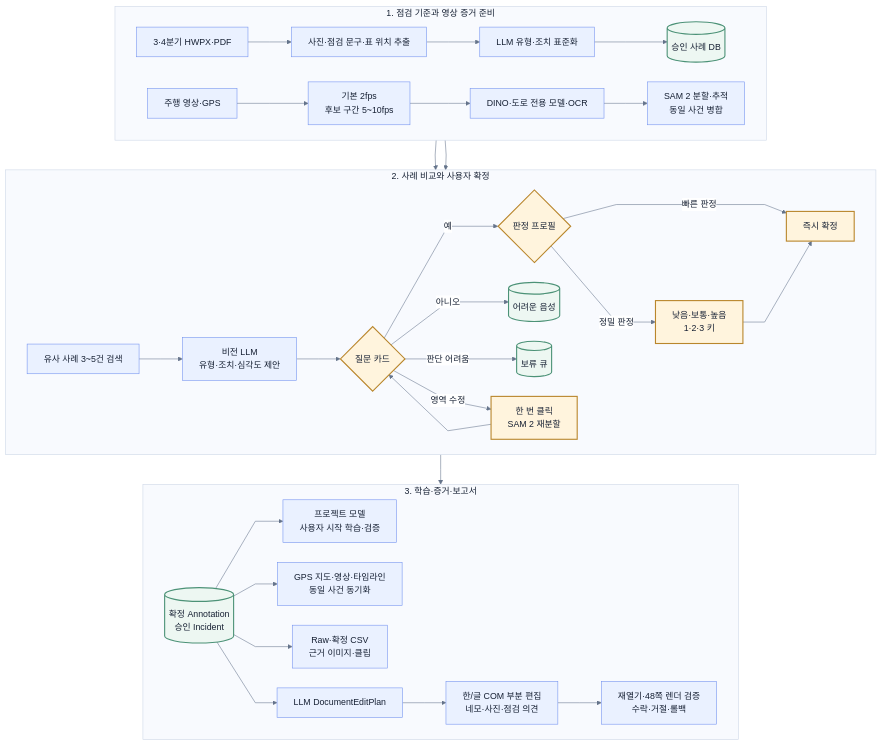
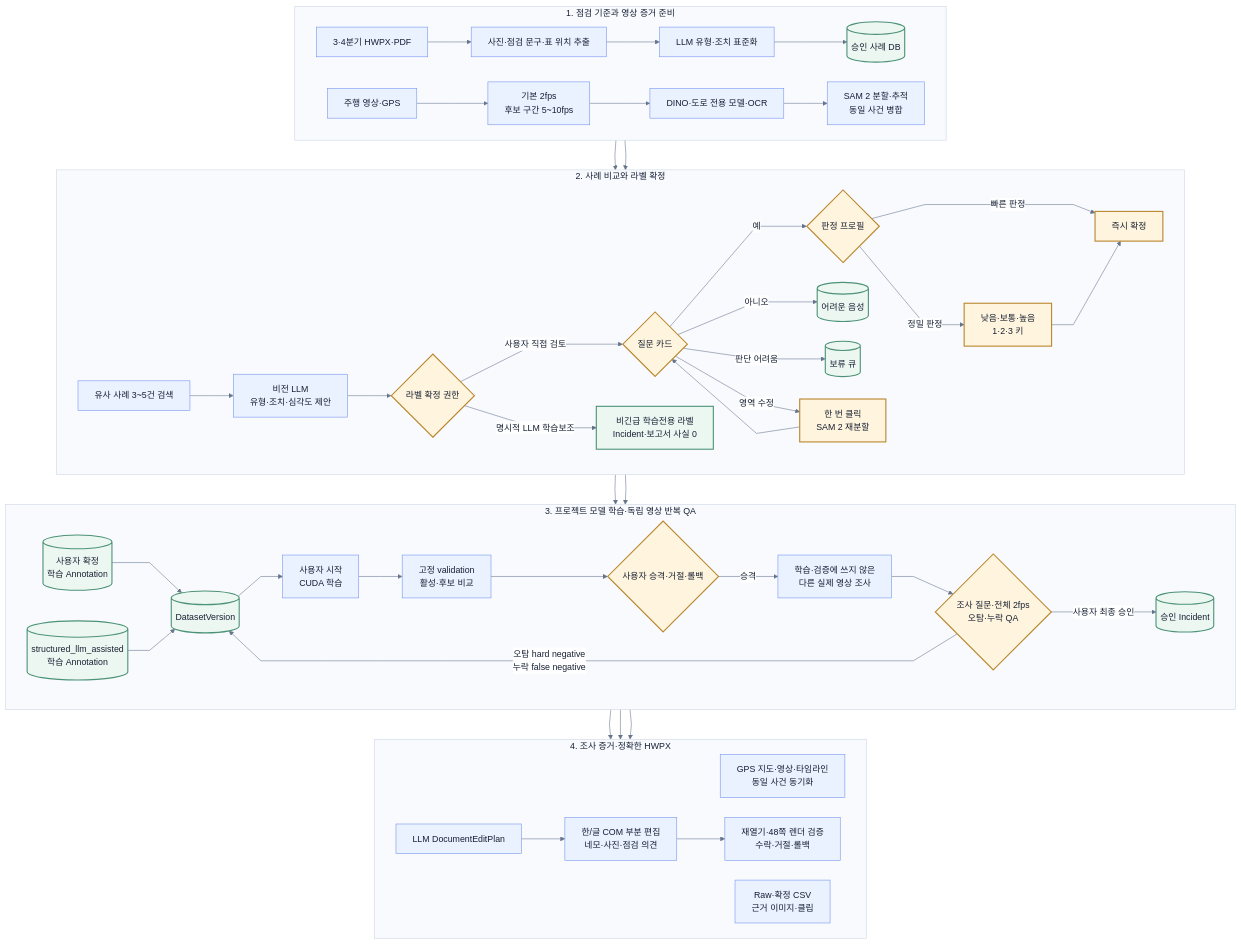
The diagram in artifacts/trafficsupervision-ai-labeling-workflow.mmd (imonkfcwifi/TrafficVisson), drawn with Mermaid before and after one commit. The commit also changed 281 other files, not shown here.

```diff
--- a/artifacts/trafficsupervision-ai-labeling-workflow.mmd
+++ b/artifacts/trafficsupervision-ai-labeling-workflow.mmd
@@ -1,68 +1,83 @@
 ---
 config:
   theme: base
   themeVariables:
     fontFamily: "SUIT Variable, Malgun Gothic, sans-serif"
     primaryColor: "#EAF1FF"
     primaryTextColor: "#162033"
     primaryBorderColor: "#6F8FEF"
     secondaryColor: "#EFF7F4"
     secondaryTextColor: "#162033"
     secondaryBorderColor: "#6DAA94"
     tertiaryColor: "#F5F7FB"
     tertiaryTextColor: "#162033"
     tertiaryBorderColor: "#B8C2D6"
     lineColor: "#65748B"
     clusterBkg: "#F8FAFE"
     clusterBorder: "#CBD5E6"
     edgeLabelBackground: "#FFFFFF"
   flowchart:
     curve: linear
     nodeSpacing: 36
     rankSpacing: 54
 ---
 flowchart TB
     subgraph INPUT["1. 점검 기준과 영상 증거 준비"]
         direction LR
         A1["3·4분기 HWPX·PDF"] --> A2["사진·점검 문구·표 위치 추출"]
         A2 --> A3["LLM 유형·조치 표준화"]
         A3 --> A4[("승인 사례 DB")]
 
         B1["주행 영상·GPS"] --> B2["기본 2fps<br/>후보 구간 5~10fps"]
         B2 --> B3["DINO·도로 전용 모델·OCR"]
         B3 --> B4["SAM 2 분할·추적<br/>동일 사건 병합"]
     end
 
     A4 --> C1
     B4 --> C1
 
-    subgraph REVIEW["2. 사례 비교와 사용자 확정"]
+    subgraph REVIEW["2. 사례 비교와 라벨 확정"]
         direction LR
         C1["유사 사례 3~5건 검색"] --> C2["비전 LLM<br/>유형·조치·심각도 제안"]
-        C2 --> C3{"질문 카드"}
+        C2 --> C0{"라벨 확정 권한"}
+        C0 -->|"사용자 직접 검토"| C3{"질문 카드"}
+        C0 -->|"명시적 LLM 학습보조"| CA["비긴급 학습전용 라벨<br/>Incident·보고서 사실 0"]
         C3 -->|"예"| C4{"판정 프로필"}
         C4 -->|"빠른 판정"| C5["즉시 확정"]
         C4 -->|"정밀 판정"| C6["낮음·보통·높음<br/>1·2·3 키"]
         C6 --> C5
         C3 -->|"아니오"| C7[("어려운 음성")]
         C3 -->|"판단 어려움"| C8[("보류 큐")]
         C3 -->|"영역 수정"| C9["한 번 클릭<br/>SAM 2 재분할"]
         C9 --> C3
     end
 
-    C5 --> D1[("확정 Annotation<br/>승인 Incident")]
+    C5 --> D1[("사용자 확정<br/>학습 Annotation")]
+    CA --> D2[("structured_llm_assisted<br/>학습 Annotation")]
 
-    subgraph OUTPUT["3. 학습·증거·보고서"]
+    subgraph MODEL["3. 프로젝트 모델 학습·독립 영상 반복 QA"]
         direction LR
-        D1 --> E1["프로젝트 모델<br/>사용자 시작 학습·검증"]
-        D1 --> E2["GPS 지도·영상·타임라인<br/>동일 사건 동기화"]
-        D1 --> E3["Raw·확정 CSV<br/>근거 이미지·클립"]
-        D1 --> E4["LLM DocumentEditPlan"]
-        E4 --> E5["한/글 COM 부분 편집<br/>네모·사진·점검 의견"]
-        E5 --> E6["재열기·48쪽 렌더 검증<br/>수락·거절·롤백"]
+        D1 --> E0[("DatasetVersion")]
+        D2 --> E0
+        E0 --> E1["사용자 시작<br/>CUDA 학습"]
+        E1 --> E2["고정 validation<br/>활성·후보 비교"]
+        E2 --> E3{"사용자 승격·거절·롤백"}
+        E3 -->|"승격"| E4["학습·검증에 쓰지 않은<br/>다른 실제 영상 조사"]
+        E4 --> E5{"조사 질문·전체 2fps<br/>오탐·누락 QA"}
+        E5 -->|"오탐 hard negative<br/>누락 false negative"| E0
+        E5 -->|"사용자 최종 승인"| F0[("승인 Incident")]
+    end
+
+    subgraph OUTPUT["4. 조사 증거·정확한 HWPX"]
+        direction LR
+        F0 --> F1["GPS 지도·영상·타임라인<br/>동일 사건 동기화"]
+        F0 --> F2["Raw·확정 CSV<br/>근거 이미지·클립"]
+        F0 --> F3["LLM DocumentEditPlan"]
+        F3 --> F4["한/글 COM 부분 편집<br/>네모·사진·점검 의견"]
+        F4 --> F5["재열기·48쪽 렌더 검증<br/>수락·거절·롤백"]
     end
 
     classDef human fill:#FFF4DD,stroke:#B9862C,color:#162033,stroke-width:2px;
     classDef store fill:#EDF7F2,stroke:#4C9277,color:#162033,stroke-width:2px;
-    class C3,C4,C5,C6,C9 human;
-    class A4,C7,C8,D1 store;
+    class C0,C3,C4,C5,C6,C9,E3,E5 human;
+    class A4,C7,C8,CA,D1,D2,E0,F0 store;
```
